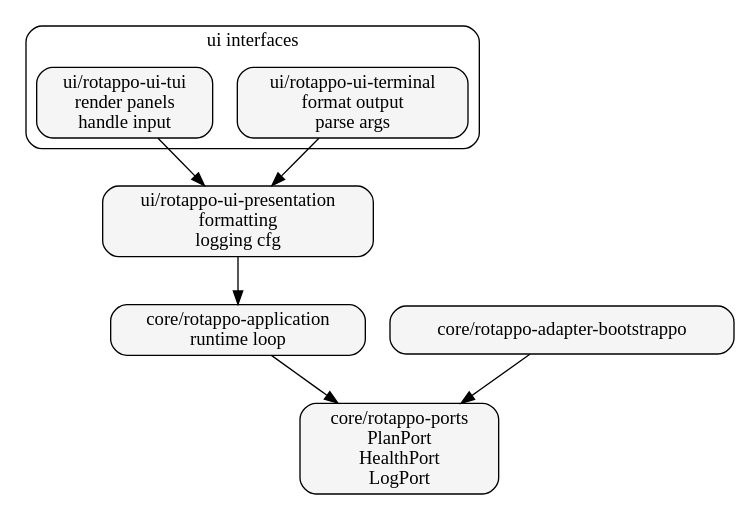
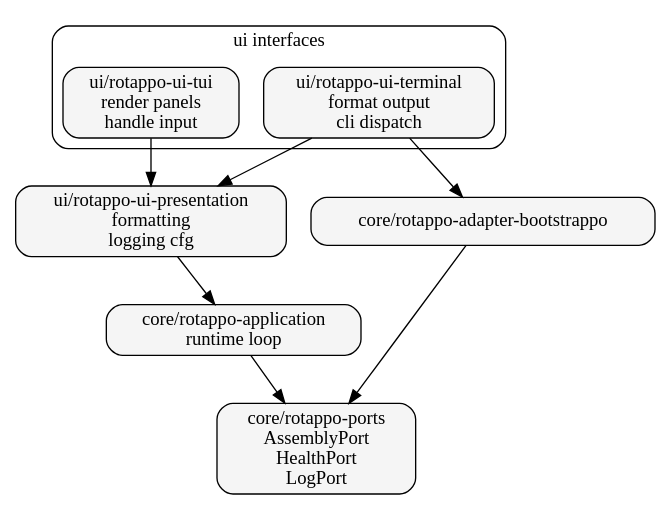
Before and after one commit to obaven/rotappo: the second of 3 diagrams in docs/book/architecture/diagrams.md, drawn with Graphviz. The commit also changed other lines of this file and 161 other files, not shown here.

Commit message:
refactor: rename plan to assembly

````diff
--- a/docs/book/architecture/diagrams.md
+++ b/docs/book/architecture/diagrams.md
@@ -28,24 +28,25 @@
 ```dot process
 digraph RuntimeComponents {
   rankdir=TB;
   node [shape=box, style="rounded,filled", fillcolor="#f5f5f5"];
 
   subgraph cluster_interfaces {
     label="ui interfaces";
     style="rounded";
-    terminal [label="ui/rotappo-ui-terminal\nformat output\nparse args"];
+    terminal [label="ui/rotappo-ui-terminal\nformat output\ncli dispatch"];
     ui [label="ui/rotappo-ui-tui\nrender panels\nhandle input"];
   }
 
   presentation [label="ui/rotappo-ui-presentation\nformatting\nlogging cfg"];
   application [label="core/rotappo-application\nruntime loop"];
-  ports [label="core/rotappo-ports\nPlanPort\nHealthPort\nLogPort"];
+  ports [label="core/rotappo-ports\nAssemblyPort\nHealthPort\nLogPort"];
   adapters [label="core/rotappo-adapter-bootstrappo"];
 
   terminal -> presentation;
+  terminal -> adapters;
   ui -> presentation;
   presentation -> application;
   application -> ports;
   adapters -> ports;
 }
 ```
````
